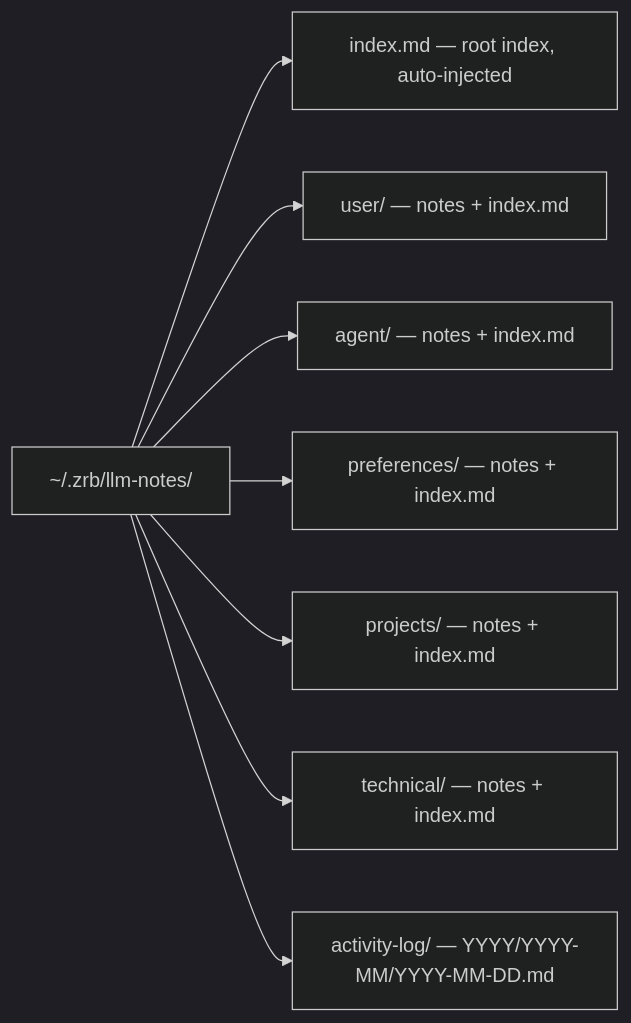
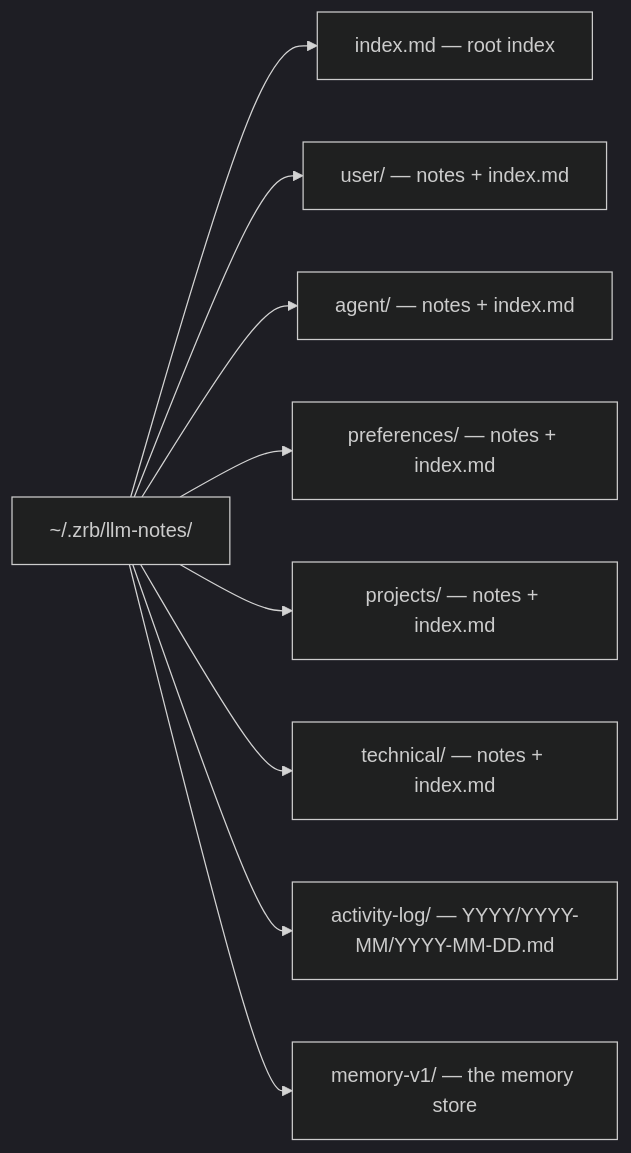
One commit to state-alchemists/zrb changed the diagram in docs/technical-specs/llm-context.md. Above: the diagram before and after it, drawn with Mermaid (dark theme). The commit also changed other lines of this file and 131 other files, not shown here.

````diff
--- a/docs/technical-specs/llm-context.md
+++ b/docs/technical-specs/llm-context.md
@@ -49,10 +24,11 @@
 ```mermaid
 flowchart LR
-    Root["~/.zrb/llm-notes/"] --> Index["index.md — root index, auto-injected"]
+    Root["~/.zrb/llm-notes/"] --> Index["index.md — root index"]
     Root --> U["user/ — notes + index.md"]
     Root --> AG["agent/ — notes + index.md"]
     Root --> P["preferences/ — notes + index.md"]
     Root --> PR["projects/ — notes + index.md"]
     Root --> T["technical/ — notes + index.md"]
     Root --> A["activity-log/ — YYYY/YYYY-MM/YYYY-MM-DD.md"]
+    Root --> M["memory-v1/ — the memory store"]
 ```
````
